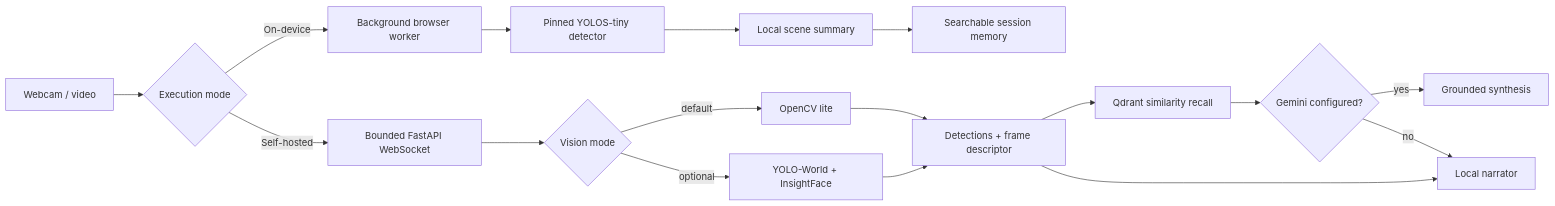
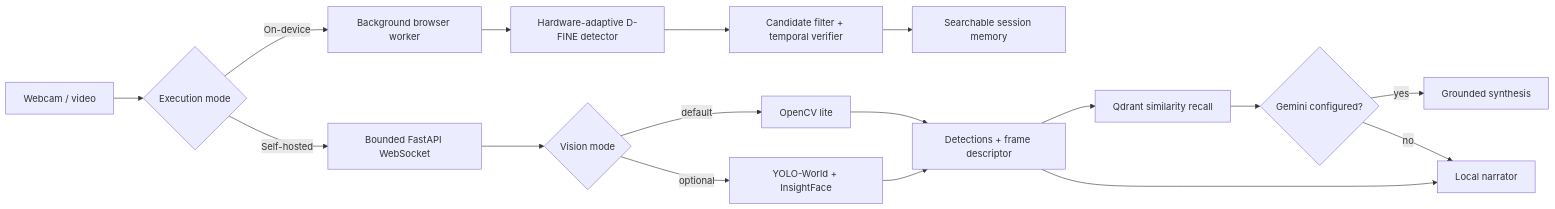
Before and after one commit to muhammadmahadazher/sota-vision-rag-pipeline: the diagram in README.md, drawn with Mermaid. The commit also changed other lines of this file and 32 other files, not shown here.

```diff
--- a/README.md
+++ b/README.md
@@ -27,19 +27,19 @@
 ~~~mermaid
 flowchart LR
     A["Webcam / video"] --> B{"Execution mode"}
     B -->|"On-device"| C["Background browser worker"]
-    C --> D["Pinned YOLOS-tiny detector"]
-    D --> E["Local scene summary"]
+    C --> D["Hardware-adaptive D-FINE detector"]
+    D --> E["Candidate filter + temporal verifier"]
     E --> F["Searchable session memory"]
     B -->|"Self-hosted"| G["Bounded FastAPI WebSocket"]
     G --> H{"Vision mode"}
     H -->|"default"| I["OpenCV lite"]
     H -->|"optional"| J["YOLO-World + InsightFace"]
     I --> K["Detections + frame descriptor"]
     J --> K
     K --> L["Qdrant similarity recall"]
     K --> M["Local narrator"]
     L --> N{"Gemini configured?"}
     N -->|"yes"| O["Grounded synthesis"]
     N -->|"no"| M
 ~~~
```
